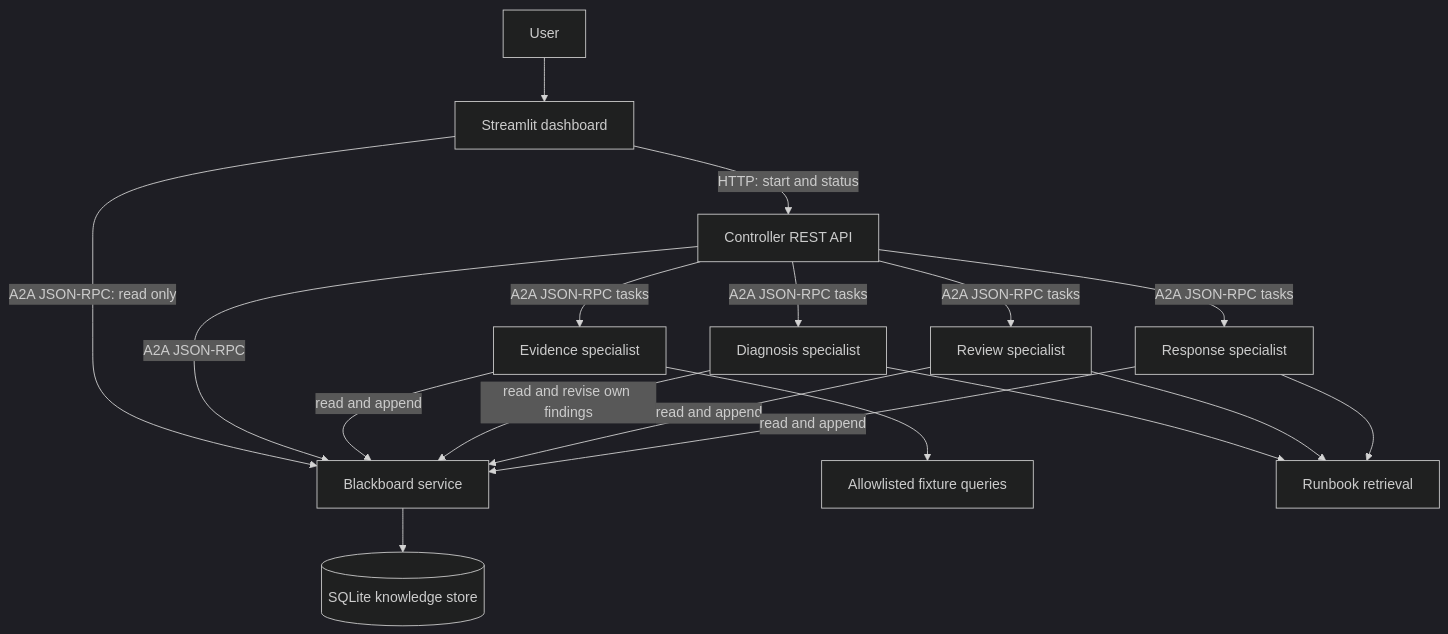
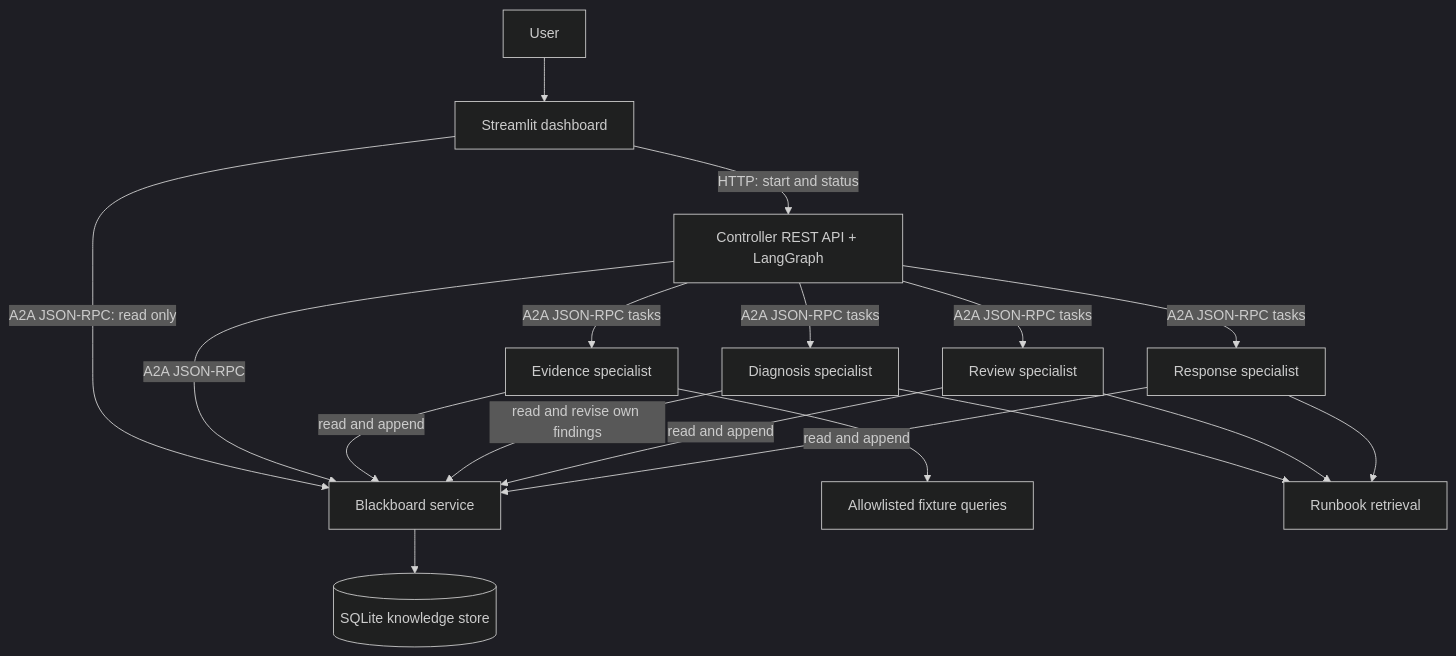
Before and after one commit to maxser0v/campus-it-blackboard-a2a: the diagram in docs/architecture.md, drawn with Mermaid (dark theme). The commit also changed other lines of this file and 20 other files, not shown here.

````diff
--- a/docs/architecture.md
+++ b/docs/architecture.md
@@ -5,20 +5,20 @@
 ```mermaid
 flowchart TD
     User --> UI[Streamlit dashboard]
-    UI -->|HTTP: start and status| API[Controller REST API]
+    UI -->|HTTP: start and status| API[Controller REST API + LangGraph]
     UI -->|A2A JSON-RPC: read only| B[Blackboard service]
     API -->|A2A JSON-RPC| B
     API -->|A2A JSON-RPC tasks| E[Evidence specialist]
     API -->|A2A JSON-RPC tasks| D[Diagnosis specialist]
     API -->|A2A JSON-RPC tasks| V[Review specialist]
     API -->|A2A JSON-RPC tasks| R[Response specialist]
     E -->|read and append| B
     D -->|read and revise own findings| B
     V -->|read and append| B
     R -->|read and append| B
     B --> DB[(SQLite knowledge store)]
     E --> T[Allowlisted fixture queries]
     D --> K[Runbook retrieval]
     V --> K
     R --> K
 ```
````
